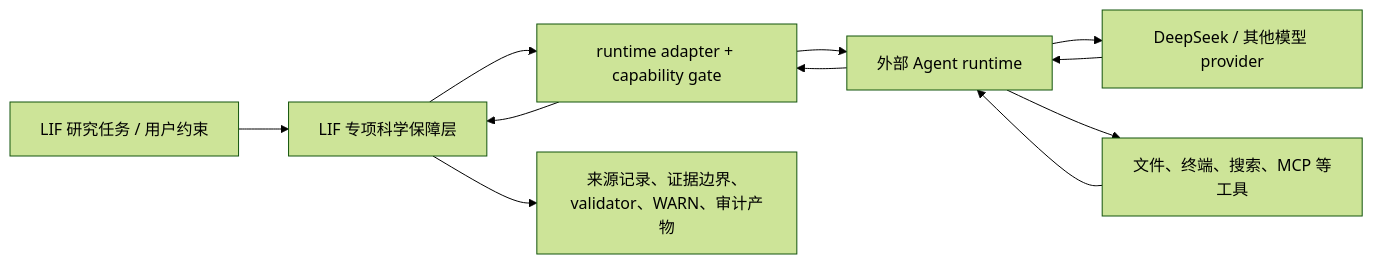
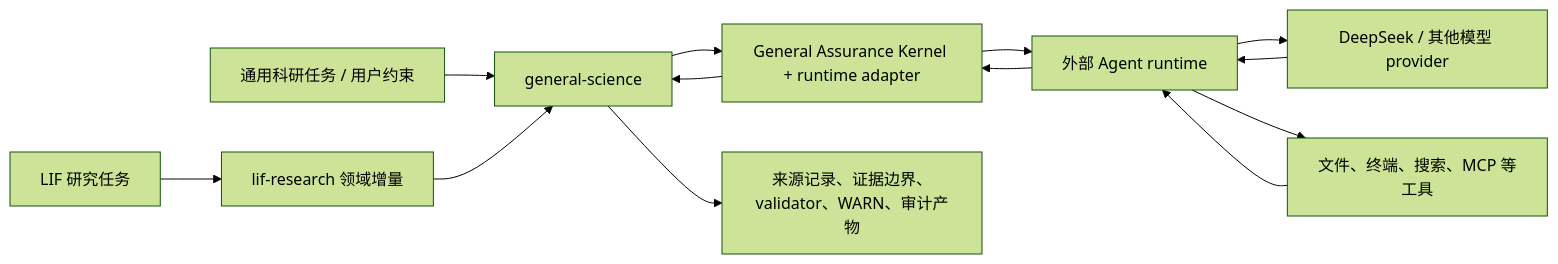
Before and after one commit to SilverWhite/orz: the diagram in architecture/PRODUCT_POSITIONING_AND_REFERENCE_STRATEGY_v0.1.md, drawn with Mermaid (forest theme). The commit also changed other lines of this file and 13 other files, not shown here.

First line of the commit message:
feat(assurance): add general-science profile layer

````diff
--- a/architecture/PRODUCT_POSITIONING_AND_REFERENCE_STRATEGY_v0.1.md
+++ b/architecture/PRODUCT_POSITIONING_AND_REFERENCE_STRATEGY_v0.1.md
@@ -26,13 +27,15 @@
 ```mermaid
 flowchart LR
-    U["LIF 研究任务 / 用户约束"] --> S["LIF 专项科学保障层"]
-    S --> A["runtime adapter + capability gate"]
+    U["通用科研任务 / 用户约束"] --> S["general-science"]
+    L["LIF 研究任务"] --> LP["lif-research 领域增量"]
+    LP --> S
+    S --> A["General Assurance Kernel + runtime adapter"]
     A --> G["外部 Agent runtime"]
     G --> P["DeepSeek / 其他模型 provider"]
     G --> T["文件、终端、搜索、MCP 等工具"]
     P --> G
     T --> G
     G --> A
     A --> S
     S --> O["来源记录、证据边界、validator、WARN、审计产物"]
 ```
````
